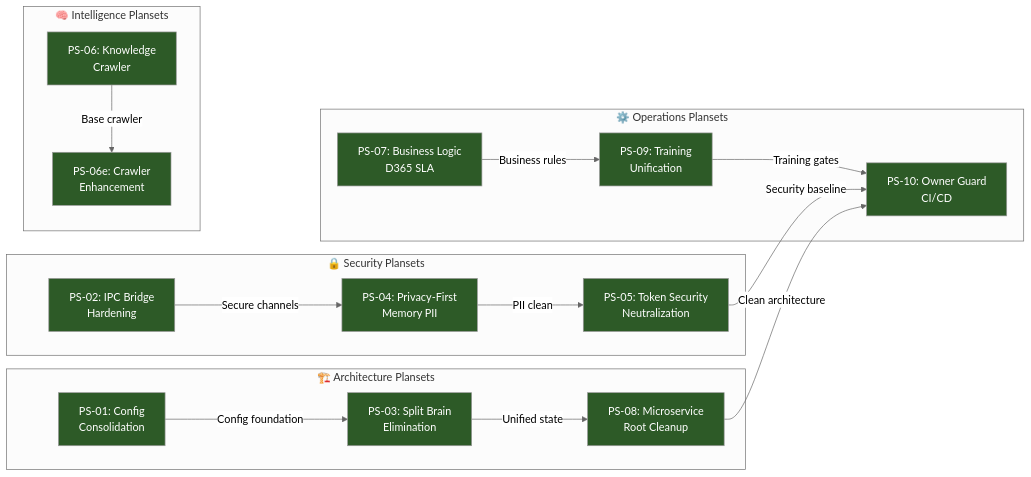
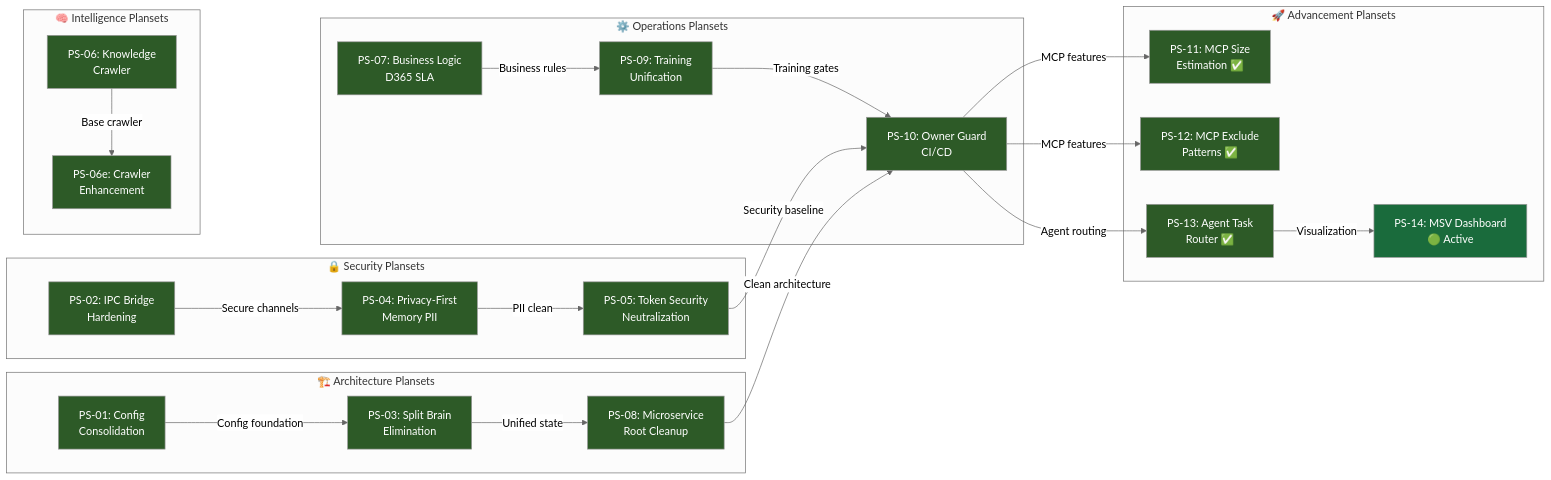
Before and after one commit to Aries-Serpent/_codex_: the second of 5 diagrams in docs/evolution/COGNITIVE_EVOLUTION_TREE.md, drawn with Mermaid (neutral theme). The commit also changed other lines of this file and 3 other files, not shown here.

````diff
--- a/docs/evolution/COGNITIVE_EVOLUTION_TREE.md
+++ b/docs/evolution/COGNITIVE_EVOLUTION_TREE.md
@@ -81,47 +85,62 @@
 ```mermaid
 graph LR
     subgraph Security["🔒 Security Plansets"]
         PS02[PS-02: IPC Bridge<br/>Hardening]
         PS04[PS-04: Privacy-First<br/>Memory PII]
         PS05[PS-05: Token Security<br/>Neutralization]
     end
 
     subgraph Architecture["🏗️ Architecture Plansets"]
         PS01[PS-01: Config<br/>Consolidation]
         PS03[PS-03: Split Brain<br/>Elimination]
         PS08[PS-08: Microservice<br/>Root Cleanup]
     end
 
     subgraph Intelligence["🧠 Intelligence Plansets"]
         PS06[PS-06: Knowledge<br/>Crawler]
         PS06e[PS-06e: Crawler<br/>Enhancement]
     end
 
     subgraph Operations["⚙️ Operations Plansets"]
         PS07[PS-07: Business Logic<br/>D365 SLA]
         PS09[PS-09: Training<br/>Unification]
         PS10[PS-10: Owner Guard<br/>CI/CD]
     end
 
+    subgraph Advancement["🚀 Advancement Plansets"]
+        PS11[PS-11: MCP Size<br/>Estimation ✅]
+        PS12[PS-12: MCP Exclude<br/>Patterns ✅]
+        PS13[PS-13: Agent Task<br/>Router ✅]
+        PS14[PS-14: MSV Dashboard<br/>🟢 Active]
+    end
+
     PS01 -->|"Config foundation"| PS03
     PS03 -->|"Unified state"| PS08
     PS02 -->|"Secure channels"| PS04
     PS04 -->|"PII clean"| PS05
     PS06 -->|"Base crawler"| PS06e
     PS07 -->|"Business rules"| PS09
     PS09 -->|"Training gates"| PS10
     PS05 -->|"Security baseline"| PS10
     PS08 -->|"Clean architecture"| PS10
+    PS10 -->|"MCP features"| PS11
+    PS10 -->|"MCP features"| PS12
+    PS10 -->|"Agent routing"| PS13
+    PS13 -->|"Visualization"| PS14
 
     style PS01 fill:#2d5a27,color:#fff
     style PS02 fill:#2d5a27,color:#fff
     style PS03 fill:#2d5a27,color:#fff
     style PS04 fill:#2d5a27,color:#fff
     style PS05 fill:#2d5a27,color:#fff
     style PS06 fill:#2d5a27,color:#fff
     style PS06e fill:#2d5a27,color:#fff
     style PS07 fill:#2d5a27,color:#fff
     style PS08 fill:#2d5a27,color:#fff
     style PS09 fill:#2d5a27,color:#fff
     style PS10 fill:#2d5a27,color:#fff
+    style PS11 fill:#2d5a27,color:#fff
+    style PS12 fill:#2d5a27,color:#fff
+    style PS13 fill:#2d5a27,color:#fff
+    style PS14 fill:#1a6b3c,color:#fff
 ```
````
